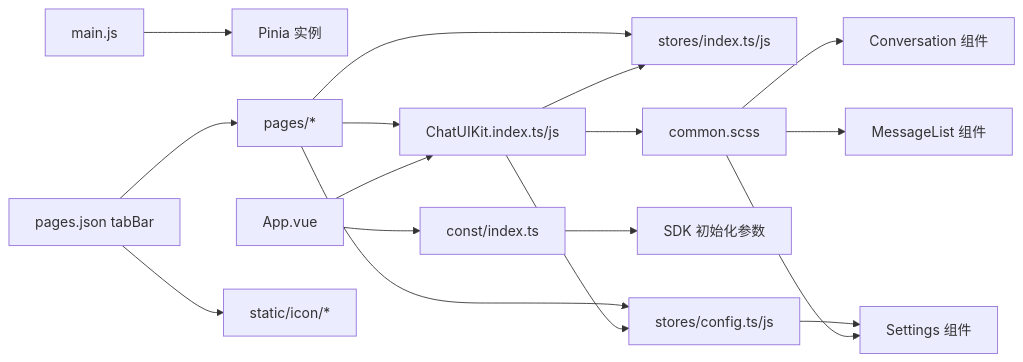
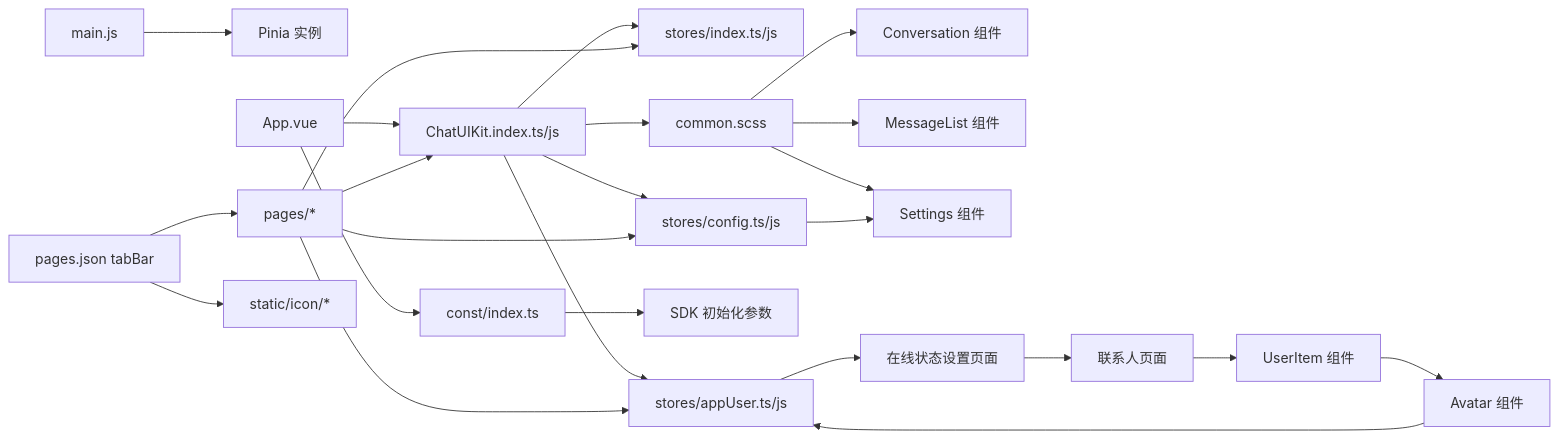
Before and after one commit to Easemob-Community/easemob-uikit-uniapp-community: diagram 13 of 13 in .qoder/repowiki/zh/content/示例应用/示例应用.md, drawn with Mermaid. The commit also changed other lines of this file and 5 other files, not shown here.

````diff
--- a/.qoder/repowiki/zh/content/示例应用/示例应用.md
+++ b/.qoder/repowiki/zh/content/示例应用/示例应用.md
@@ -811,19 +980,26 @@
 ```mermaid
 graph LR
 MAIN["main.js"] --> PINIA["Pinia 实例"]
 APP["App.vue"] --> KIT["ChatUIKit.index.ts/js"]
 KIT --> STORES["stores/index.ts/js"]
 KIT --> CONFIG["stores/config.ts/js"]
+KIT --> APPUSER["stores/appUser.ts/js"]
 APP --> CONST["const/index.ts"]
 CONST --> SDKCFG["SDK 初始化参数"]
 PAGE["pages/*"] --> KIT
 PAGE --> STORES
 PAGE --> CONFIG
+PAGE --> APPUSER
 TABBAR["pages.json tabBar"] --> PAGE
 TABBAR --> ICONS["static/icon/*"]
 STYLE["common.scss"] --> CONVERSATION["Conversation 组件"]
 STYLE --> MESSAGE["MessageList 组件"]
 STYLE --> SETTINGS["Settings 组件"]
 KIT --> STYLE
 CONFIG --> SETTINGS
+APPUSER --> PRESENCE["在线状态设置页面"]
+PRESENCE --> CONTACTLIST["联系人页面"]
+CONTACTLIST --> USERITEM["UserItem 组件"]
+USERITEM --> AVATAR["Avatar 组件"]
+AVATAR --> APPUSER
 ```
````
